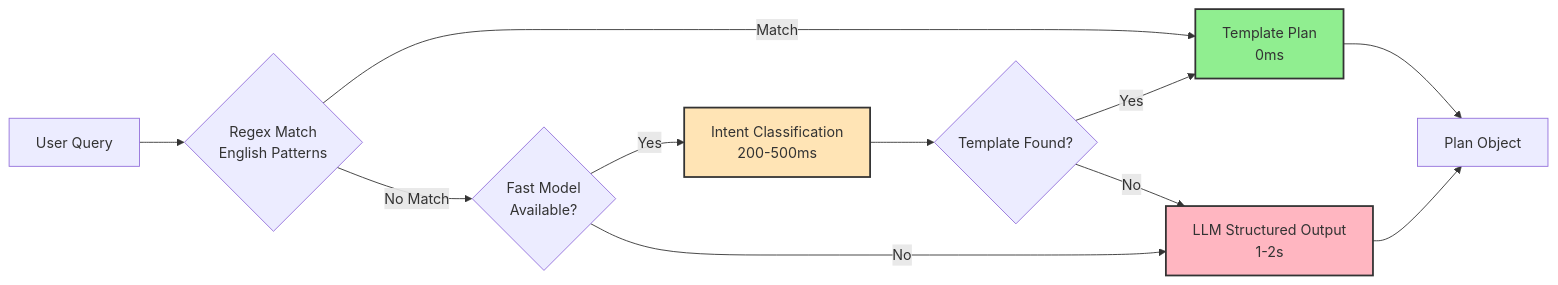
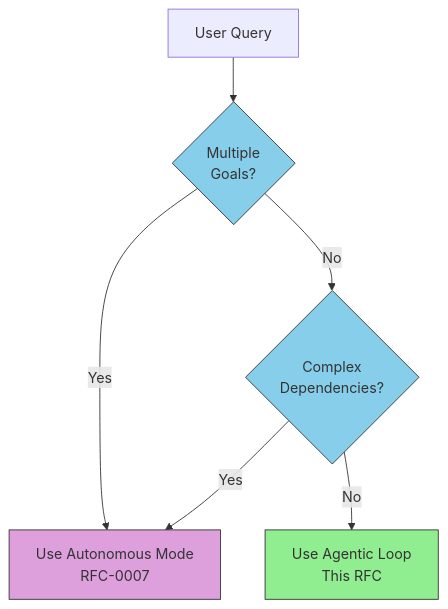
The fourth of 4 diagrams in docs/specs/RFC-0008.md (OpenSoothe/soothe), drawn with Mermaid before and after one commit. The commit also changed other lines of this file and 23 other files, not shown here.

First line of the commit message:
Implement agentic loop execution architecture

````diff
--- a/docs/specs/RFC-0008.md
+++ b/docs/specs/RFC-0008.md
@@ -365,22 +430,18 @@
 ```mermaid
-flowchart LR
-    Query[User Query] --> Regex{Regex Match<br/>English Patterns}
-    Regex -->|Match| Template[Template Plan<br/>0ms]
-    Regex -->|No Match| FastModel{Fast Model<br/>Available?}
-    FastModel -->|Yes| Classify[Intent Classification<br/>200-500ms]
-    FastModel -->|No| LLM[LLM Structured Output<br/>1-2s]
-    Classify --> TemplateCheck{Template Found?}
-    TemplateCheck -->|Yes| Template
-    TemplateCheck -->|No| LLM
+flowchart TD
+    Query[User Query] --> Multi{Multiple<br/>Goals?}
 
-    Template --> Plan[Plan Object]
-    LLM --> Plan
+    Multi -->|Yes| Autonomous[Use Autonomous Mode<br/>RFC-0007]
+    Multi -->|No| Complex{Complex<br/>Dependencies?}
 
-    classDef fast fill:#90EE90,stroke:#333,stroke-width:2px
-    classDef medium fill:#FFE4B5,stroke:#333,stroke-width:2px
-    classDef slow fill:#FFB6C1,stroke:#333,stroke-width:2px
+    Complex -->|Yes| Autonomous
+    Complex -->|No| Agentic[Use Agentic Loop<br/>This RFC]
 
-    class Template fast
-    class Classify medium
-    class LLM slow
+    classDef decision fill:#87CEEB,stroke:#333
+    classDef autonomous fill:#DDA0DD,stroke:#333
+    classDef agentic fill:#90EE90,stroke:#333
+
+    class Multi,Complex decision
+    class Autonomous autonomous
+    class Agentic agentic
 ```
````
